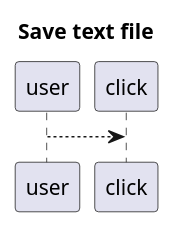
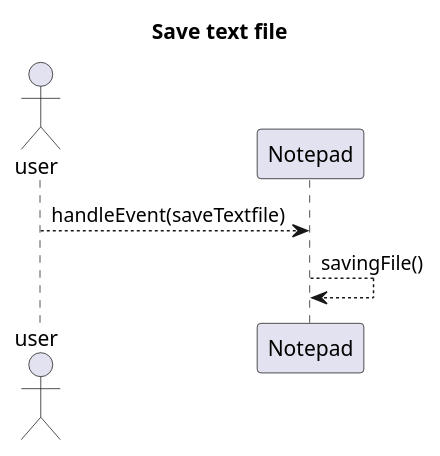
The diagram in laboration1/sekvense-save-diagram.pu (Oliverpe/ISGC08), drawn with PlantUML before and after one commit. The commit also changed 2 other files, not shown here.

Commit message:
made some imporvements in diagram

```diff
--- a/laboration1/sekvense-save-diagram.pu
+++ b/laboration1/sekvense-save-diagram.pu
@@ -1,5 +1,13 @@
 @startuml
+
 title Save text file 
 
-user --> click :  
+actor "user" as u
+participant "Notepad" as n
+
+
+u--> n : handleEvent(saveTextfile)
+n --> n: savingFile()
+
+
 @enduml
```
